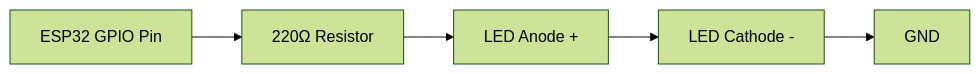
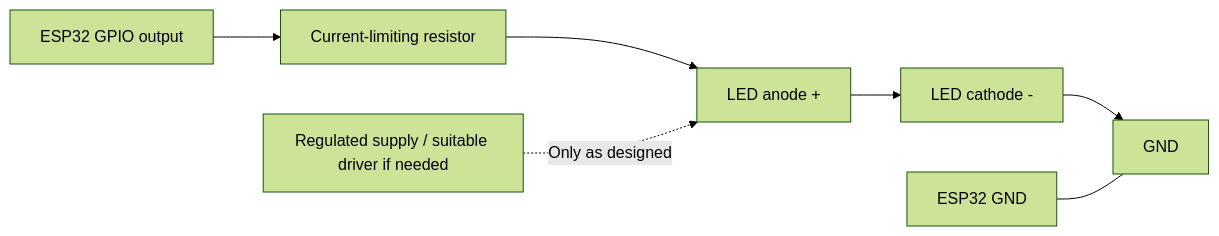
Before and after one commit to Gurugvs/AI-Traffic-Signal-Control-IoT: the fourth of 4 diagrams in README.md, drawn with Mermaid (forest theme). The commit also changed other lines of this file, not shown here.

````diff
--- a/README.md
+++ b/README.md
@@ -147,7 +345,9 @@
 ```mermaid
 flowchart LR
-    A[ESP32 GPIO Pin] --> B[220Ω Resistor]
-    B --> C[LED Anode +]
-    C --> D[LED Cathode -]
+    A[ESP32 GPIO output] --> B[Current-limiting resistor]
+    B --> C[LED anode +]
+    C --> D[LED cathode -]
     D --> E[GND]
+    F[Regulated supply / suitable driver if needed] -. Only as designed .-> C
+    G[ESP32 GND] --- E
 ```
````
